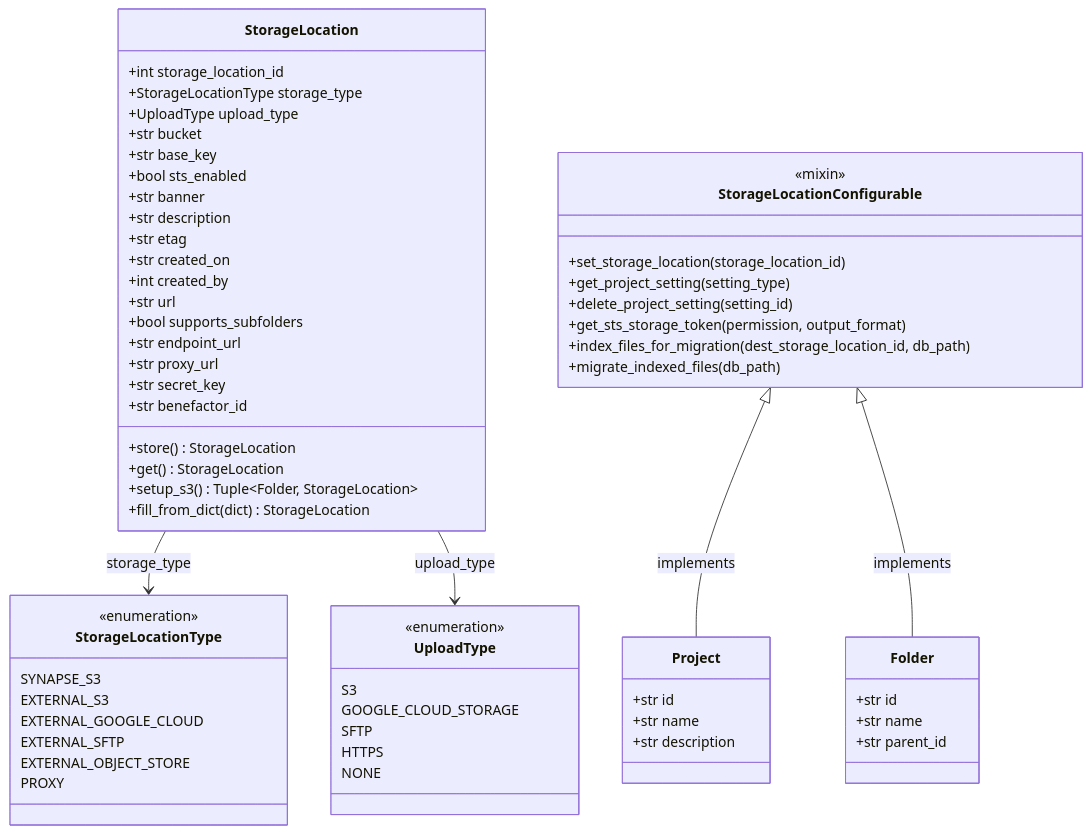
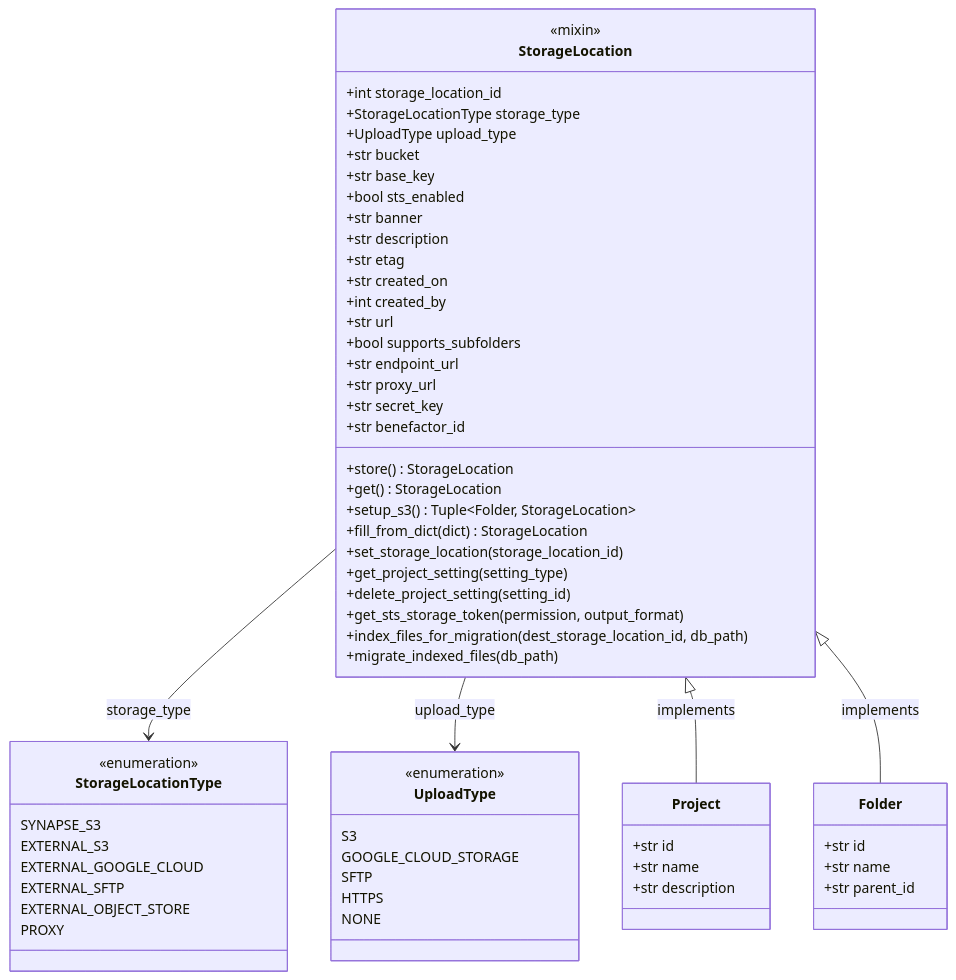
One commit to Sage-Bionetworks/synapsePythonClient changed the first of 11 diagrams in docs/explanations/storage_location_architecture.md. Above: the diagram before and after it, drawn with Mermaid. The commit also changed other lines of this file, not shown here.

````diff
--- a/docs/explanations/storage_location_architecture.md
+++ b/docs/explanations/storage_location_architecture.md
@@ -69,74 +70,74 @@
 ```mermaid
 classDiagram
     direction TB
 
     class StorageLocation {
         +int storage_location_id
         +StorageLocationType storage_type
         +UploadType upload_type
         +str bucket
         +str base_key
         +bool sts_enabled
         +str banner
         +str description
         +str etag
         +str created_on
         +int created_by
         +str url
         +bool supports_subfolders
         +str endpoint_url
         +str proxy_url
         +str secret_key
         +str benefactor_id
         +store() StorageLocation
         +get() StorageLocation
         +setup_s3() Tuple~Folder, StorageLocation~
         +fill_from_dict(dict) StorageLocation
     }
 
     class StorageLocationType {
         <<enumeration>>
         SYNAPSE_S3
         EXTERNAL_S3
         EXTERNAL_GOOGLE_CLOUD
         EXTERNAL_SFTP
         EXTERNAL_OBJECT_STORE
         PROXY
     }
 
     class UploadType {
         <<enumeration>>
         S3
         GOOGLE_CLOUD_STORAGE
         SFTP
         HTTPS
         NONE
     }
 
-    class StorageLocationConfigurable {
+    class StorageLocation {
         <<mixin>>
         +set_storage_location(storage_location_id)
         +get_project_setting(setting_type)
         +delete_project_setting(setting_id)
         +get_sts_storage_token(permission, output_format)
         +index_files_for_migration(dest_storage_location_id, db_path)
         +migrate_indexed_files(db_path)
     }
 
     class Project {
         +str id
         +str name
         +str description
     }
 
     class Folder {
         +str id
         +str name
         +str parent_id
     }
 
     StorageLocation --> StorageLocationType : storage_type
     StorageLocation --> UploadType : upload_type
-    StorageLocationConfigurable <|-- Project : implements
-    StorageLocationConfigurable <|-- Folder : implements
+    StorageLocation <|-- Project : implements
+    StorageLocation <|-- Folder : implements
 ```
````
